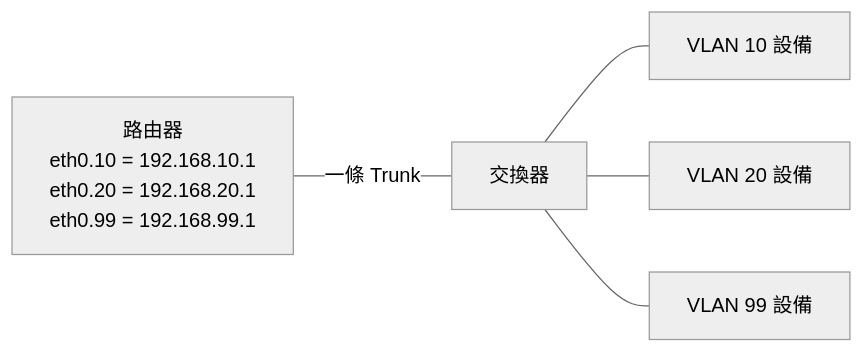
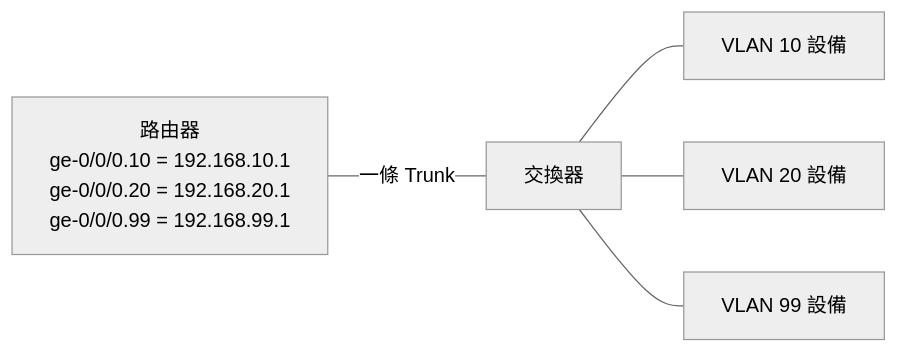
The second of 4 diagrams in 010-基礎概論/02-計算機網路/010-02-16-guide-網概-VLAN與網路分段.md (Information-Study/Tutorial), drawn with Mermaid (neutral theme) before and after one commit. The commit also changed other lines of this file and 7 other files, not shown here.

````diff
--- a/010-基礎概論/02-計算機網路/010-02-16-guide-網概-VLAN與網路分段.md
+++ b/010-基礎概論/02-計算機網路/010-02-16-guide-網概-VLAN與網路分段.md
@@ -233,8 +350,8 @@
 ```mermaid
 graph LR
-    R["路由器<br/>eth0.10 = 192.168.10.1<br/>eth0.20 = 192.168.20.1<br/>eth0.99 = 192.168.99.1"]
+    R["路由器<br/>ge-0/0/0.10 = 192.168.10.1<br/>ge-0/0/0.20 = 192.168.20.1<br/>ge-0/0/0.99 = 192.168.99.1"]
     R ---|"一條 Trunk"| SW["交換器"]
     SW --- V10["VLAN 10 設備"]
     SW --- V20["VLAN 20 設備"]
     SW --- V99["VLAN 99 設備"]
 ```
````
